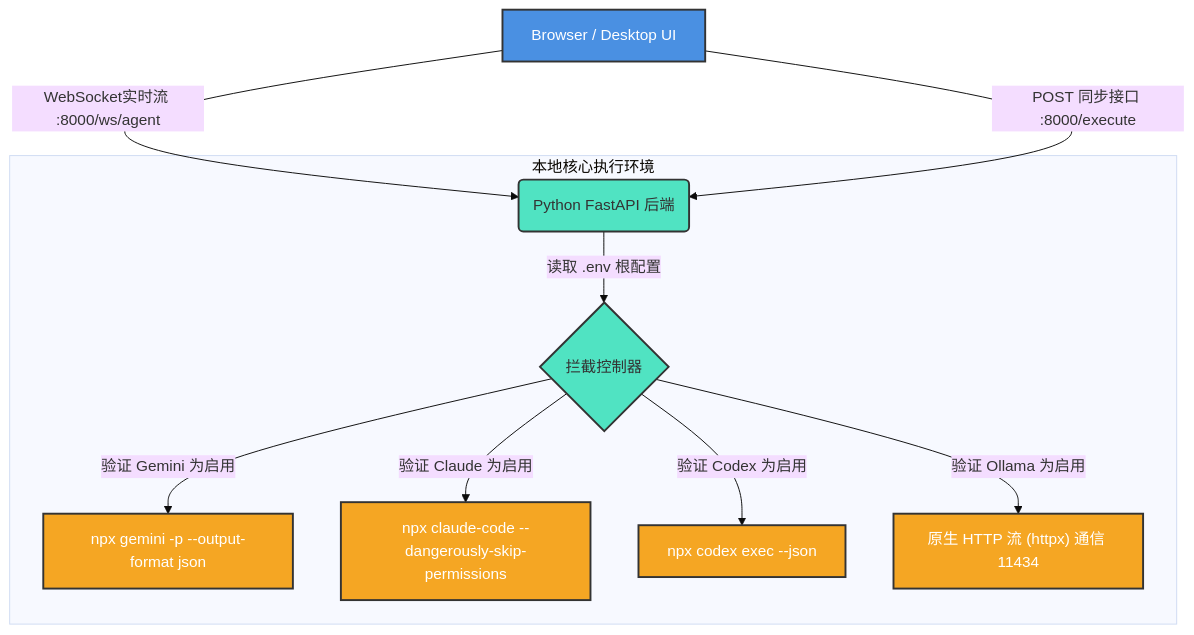
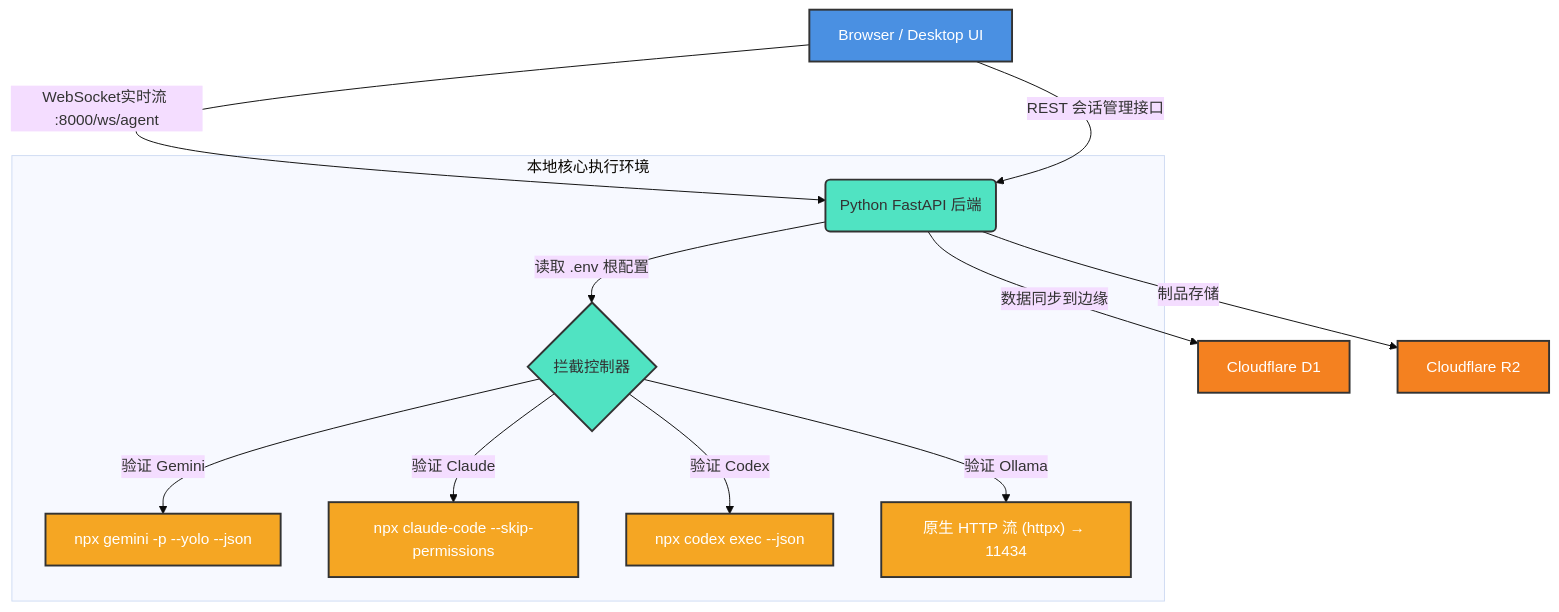
The third of 3 diagrams in README.md (dmquant/agent-route), drawn with Mermaid (base theme) before and after one commit. The commit also changed other lines of this file and 23 other files, not shown here.

````diff
--- a/README.md
+++ b/README.md
@@ -269,17 +281,21 @@
 ```mermaid
 graph TD
     classDef ui fill:#4a90e2,stroke:#333,stroke-width:2px,color:#fff;
     classDef api fill:#50e3c2,stroke:#333,stroke-width:2px,color:#333;
     classDef os fill:#f5a623,stroke:#333,stroke-width:2px,color:#fff;
+    classDef cf fill:#f48120,stroke:#333,stroke-width:2px,color:#fff;
 
     A["Browser / Desktop UI"]:::ui -->|"WebSocket实时流 :8000/ws/agent"| B("Python FastAPI 后端"):::api
-    A -->|"POST 同步接口 :8000/execute"| B
+    A -->|"REST 会话管理接口"| B
     
     subgraph 本地核心执行环境
     B -->|"读取 .env 根配置"| C{"拦截控制器"}:::api
-    C -->|"验证 Gemini 为启用"| G["npx gemini -p --output-format json"]:::os
-    C -->|"验证 Claude 为启用"| CL["npx claude-code --dangerously-skip-permissions"]:::os
-    C -->|"验证 Codex 为启用"| CO["npx codex exec --json"]:::os
-    C -->|"验证 Ollama 为启用"| OL["原生 HTTP 流 (httpx) 通信 11434"]:::os
+    C -->|"验证 Gemini"| G["npx gemini -p --yolo --json"]:::os
+    C -->|"验证 Claude"| CL["npx claude-code --skip-permissions"]:::os
+    C -->|"验证 Codex"| CO["npx codex exec --json"]:::os
+    C -->|"验证 Ollama"| OL["原生 HTTP 流 (httpx) → 11434"]:::os
     end
+
+    B -->|"数据同步到边缘"| D1["Cloudflare D1"]:::cf
+    B -->|"制品存储"| R2["Cloudflare R2"]:::cf
 ```
````
